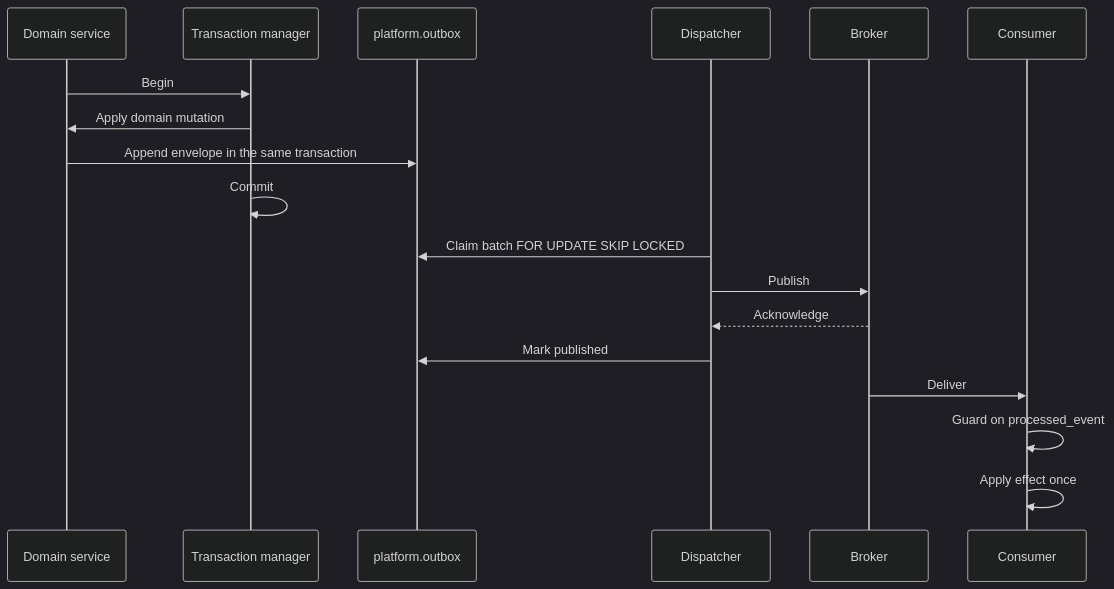
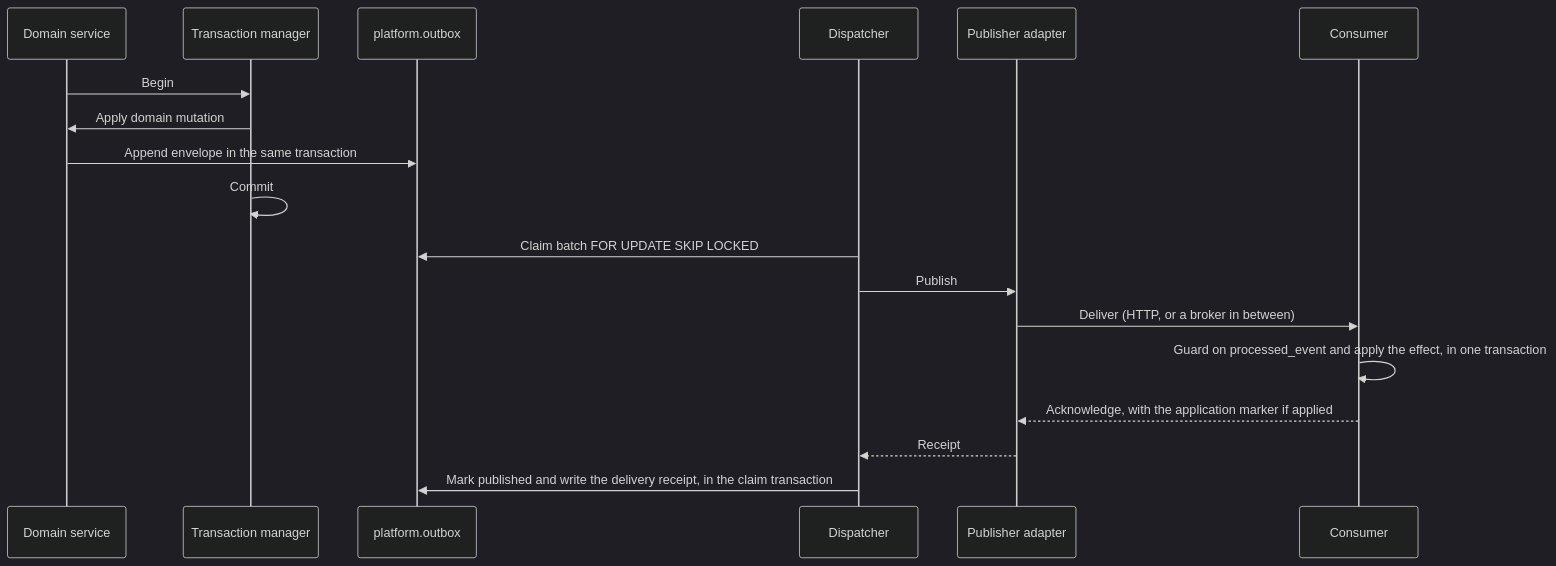
The diagram in docs/designs/TDD-foundation-platform-001-outbox-and-event-envelope.md (anshacerbia2/foundation-platform), drawn with Mermaid (dark theme) before and after one commit. The commit also changed other lines of this file and 3 other files, not shown here.

````diff
--- a/docs/designs/TDD-foundation-platform-001-outbox-and-event-envelope.md
+++ b/docs/designs/TDD-foundation-platform-001-outbox-and-event-envelope.md
@@ -107,21 +115,21 @@
 ```mermaid
 sequenceDiagram
     participant D as Domain service
     participant T as Transaction manager
     participant O as platform.outbox
     participant P as Dispatcher
-    participant B as Broker
+    participant A as Publisher adapter
     participant C as Consumer
 
     D->>T: Begin
     T->>D: Apply domain mutation
     D->>O: Append envelope in the same transaction
     T->>T: Commit
     P->>O: Claim batch FOR UPDATE SKIP LOCKED
-    P->>B: Publish
-    B-->>P: Acknowledge
-    P->>O: Mark published
-    B->>C: Deliver
-    C->>C: Guard on processed_event
-    C->>C: Apply effect once
+    P->>A: Publish
+    A->>C: Deliver (HTTP, or a broker in between)
+    C->>C: Guard on processed_event and apply the effect, in one transaction
+    C-->>A: Acknowledge, with the application marker if applied
+    A-->>P: Receipt
+    P->>O: Mark published and write the delivery receipt, in the claim transaction
 ```
````
